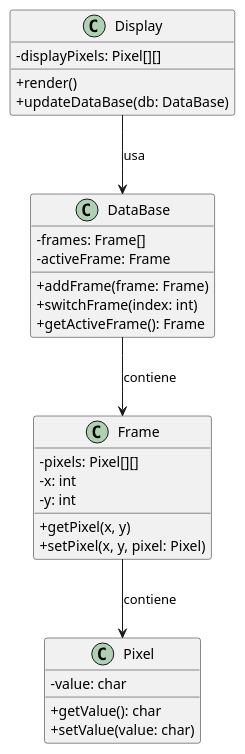
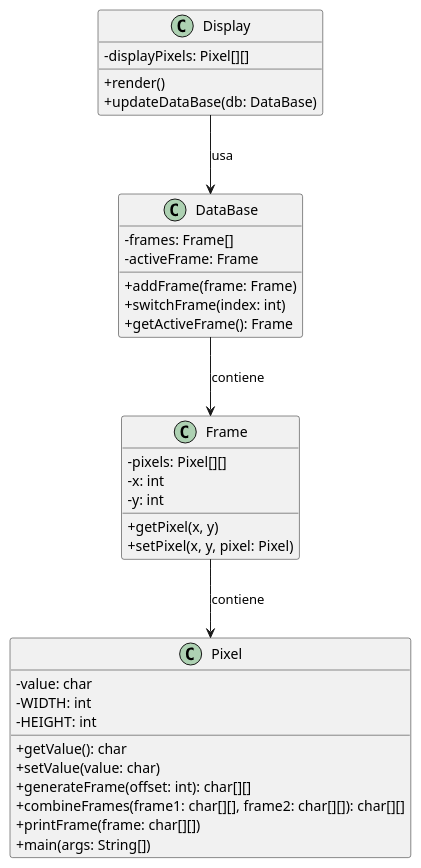
One commit to mmasias/24-25-EDA2 changed the diagram in entregas/rodriguezJavier/Reto-001/diagrama.puml. Above: the diagram before and after it, drawn with PlantUML. The commit also changed 2 other files, not shown here.

```diff
--- a/entregas/rodriguezJavier/Reto-001/diagrama.puml
+++ b/entregas/rodriguezJavier/Reto-001/diagrama.puml
@@ -1,36 +1,42 @@
 @startuml
 skinparam classAttributeIconSize 0
 
 class Pixel {
     - value: char
+    - WIDTH: int
+    - HEIGHT: int
     + getValue(): char
     + setValue(value: char)
+    + generateFrame(offset: int): char[][]
+    + combineFrames(frame1: char[][], frame2: char[][]): char[][]
+    + printFrame(frame: char[][])
+    + main(args: String[])
 }
 
 class Frame {
     - pixels: Pixel[][]
     - x: int
     - y: int
     + getPixel(x, y)
     + setPixel(x, y, pixel: Pixel)
 }
 
 class DataBase {
     - frames: Frame[]
     - activeFrame: Frame
     + addFrame(frame: Frame)
     + switchFrame(index: int)
     + getActiveFrame(): Frame
 }
 
 class Display {
     - displayPixels: Pixel[][]
     + render()
     + updateDataBase(db: DataBase)
 }
 
 Display --> DataBase : usa
 DataBase --> Frame : contiene
 Frame --> Pixel : contiene
 
 @enduml
```
